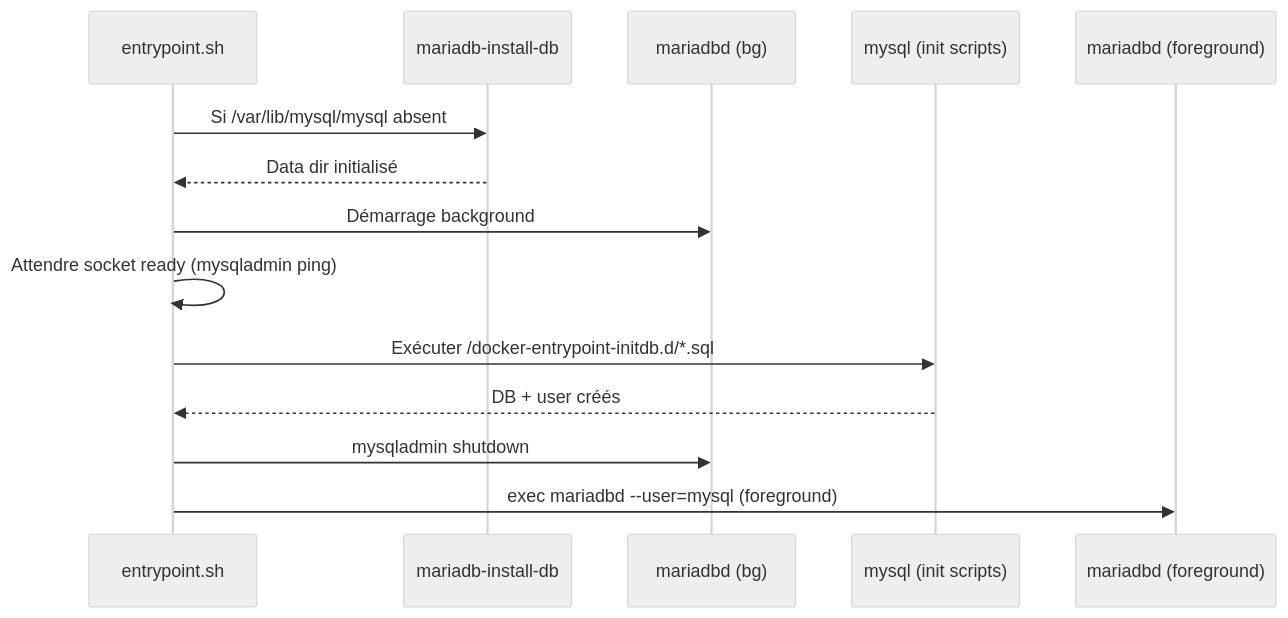
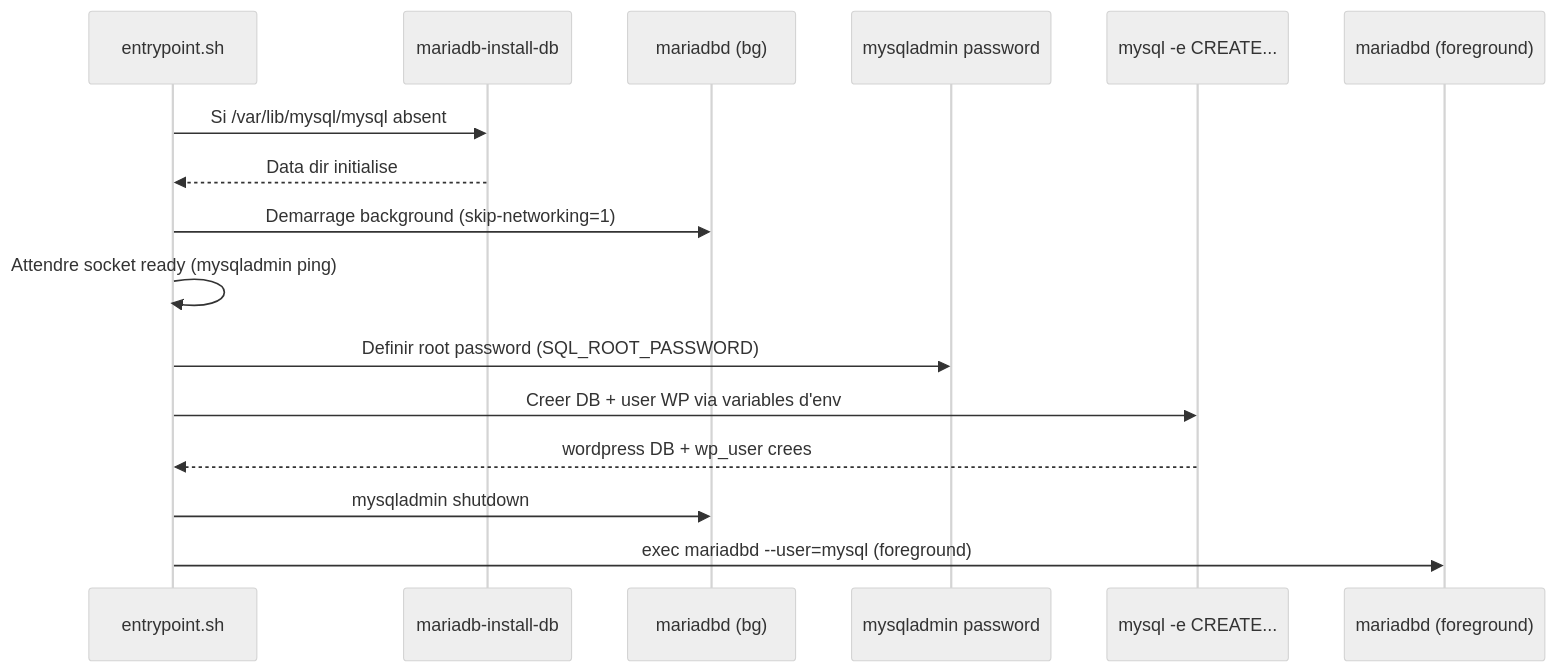
The second of 2 diagrams in docker/mariadb/README.md (natrijau/Cloud-1), drawn with Mermaid (neutral theme) before and after one commit. The commit also changed other lines of this file, not shown here.

Commit message:
docs(mariadb): update README - dynamic init via entrypoint, removed init.sql

````diff
--- a/docker/mariadb/README.md
+++ b/docker/mariadb/README.md
@@ -46,17 +48,19 @@
 ```mermaid
 sequenceDiagram
     participant E as entrypoint.sh
     participant I as mariadb-install-db
     participant S as mariadbd (bg)
-    participant M as mysql (init scripts)
+    participant R as mysqladmin password
+    participant C as mysql -e CREATE...
     participant F as mariadbd (foreground)
     
     E->>I: Si /var/lib/mysql/mysql absent
-    I-->>E: Data dir initialisé
-    E->>S: Démarrage background
+    I-->>E: Data dir initialise
+    E->>S: Demarrage background (skip-networking=1)
     E->>E: Attendre socket ready (mysqladmin ping)
-    E->>M: Exécuter /docker-entrypoint-initdb.d/*.sql
-    M-->>E: DB + user créés
+    E->>R: Definir root password (SQL_ROOT_PASSWORD)
+    E->>C: Creer DB + user WP via variables d'env
+    C-->>E: wordpress DB + wp_user crees
     E->>S: mysqladmin shutdown
     E->>F: exec mariadbd --user=mysql (foreground)
 ```
````
